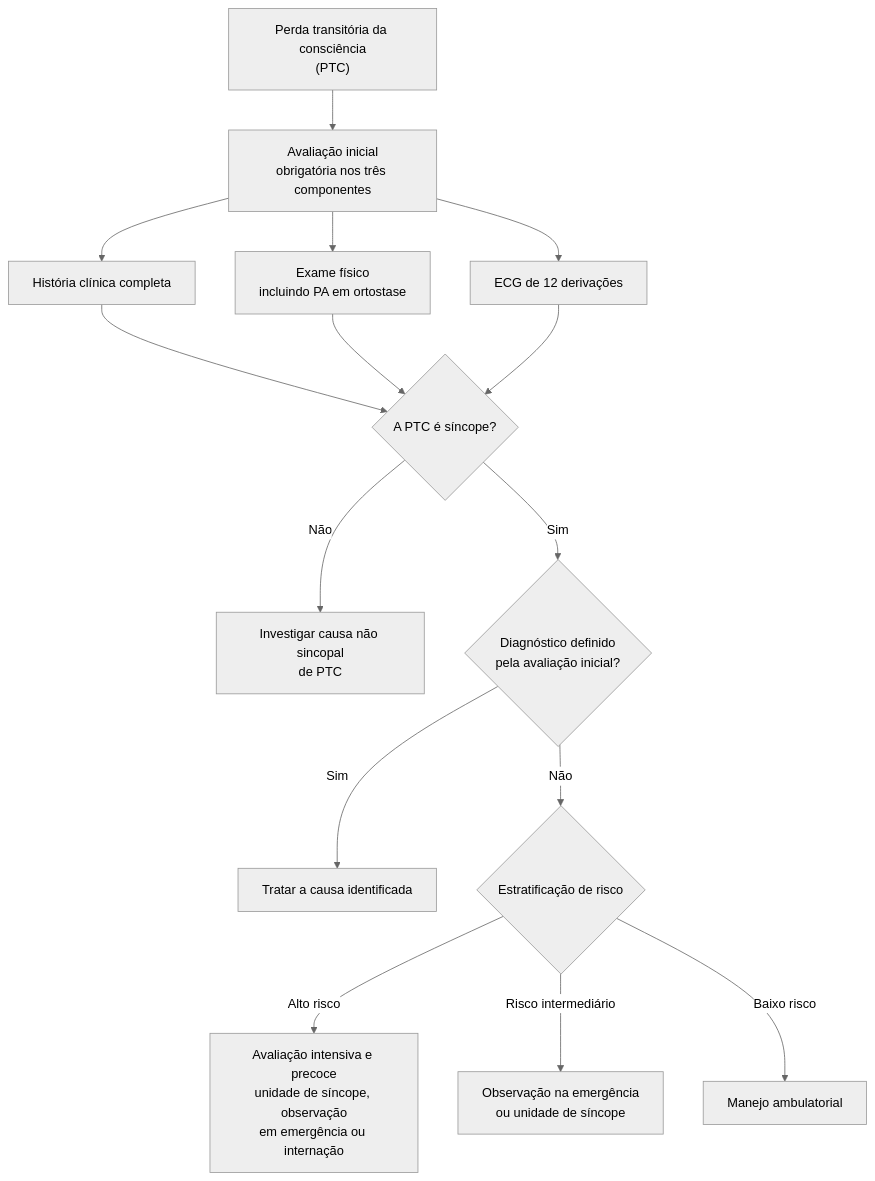
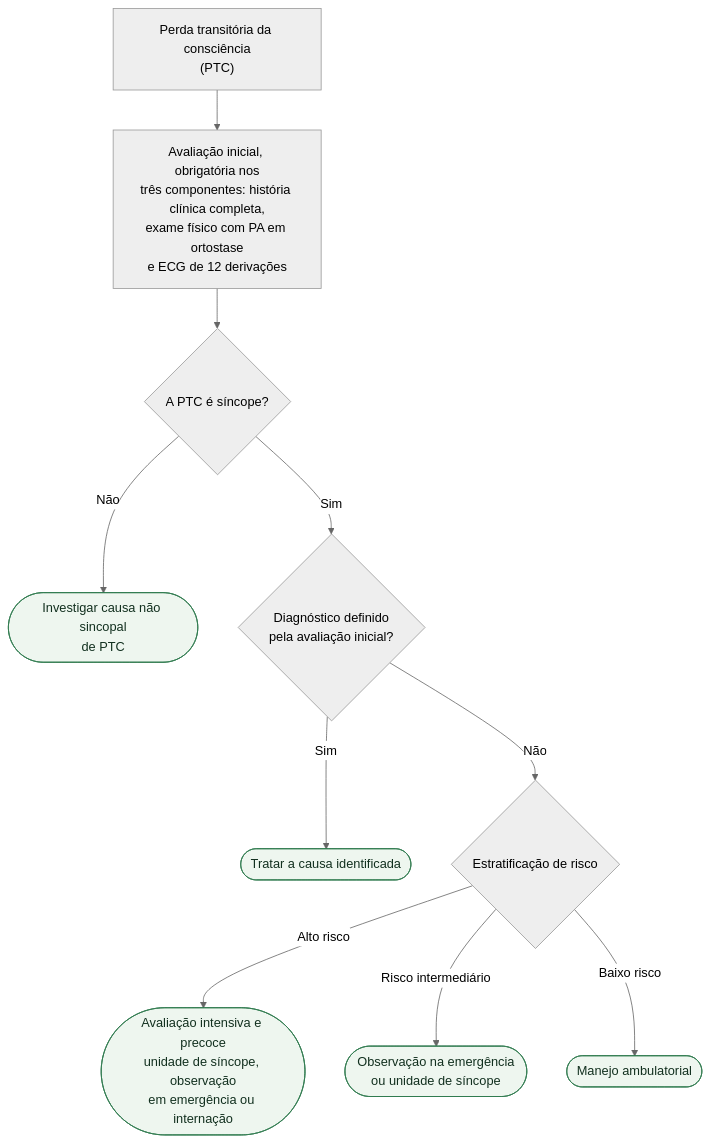
One commit to rafaelpaesmeirelles/MeuCardio changed the diagram in content/Síncope/fluxograma-sincope-avaliacao-inicial-esc-2018.md. Above: the diagram before and after it, drawn with Mermaid (neutral theme). The commit also changed other lines of this file and 18 other files, not shown here.

````diff
--- a/content/Síncope/fluxograma-sincope-avaliacao-inicial-esc-2018.md
+++ b/content/Síncope/fluxograma-sincope-avaliacao-inicial-esc-2018.md
@@ -19,22 +19,21 @@
 ```mermaid
 flowchart TD
-  A["Perda transitória da consciência<br/>(PTC)"] --> B["Avaliação inicial<br/>obrigatória nos três componentes"]
+  R0["Perda transitória da consciência<br/>(PTC)"] --> P1["Avaliação inicial, obrigatória nos<br/>três componentes: história clínica completa,<br/>exame físico com PA em ortostase<br/>e ECG de 12 derivações"]
 
-  B --> B1["História clínica completa"]
-  B --> B2["Exame físico<br/>incluindo PA em ortostase"]
-  B --> B3["ECG de 12 derivações"]
+  P1 --> D1{"A PTC é síncope?"}
 
-  B1 --> C{"A PTC é síncope?"}
-  B2 --> C
-  B3 --> C
+  D1 -->|Não| C1(["Investigar causa não sincopal<br/>de PTC"])
 
-  C -->|Não| D["Investigar causa não sincopal<br/>de PTC"]
-  C -->|Sim| E{"Diagnóstico definido<br/>pela avaliação inicial?"}
+  D1 -->|Sim| D2{"Diagnóstico definido<br/>pela avaliação inicial?"}
 
-  E -->|Sim| F["Tratar a causa identificada"]
-  E -->|Não| G{"Estratificação de risco"}
+  D2 -->|Sim| C2(["Tratar a causa identificada"])
 
-  G -->|"Alto risco"| H["Avaliação intensiva e precoce<br/>unidade de síncope, observação<br/>em emergência ou internação"]
-  G -->|"Risco intermediário"| I["Observação na emergência<br/>ou unidade de síncope"]
-  G -->|"Baixo risco"| J["Manejo ambulatorial"]
+  D2 -->|Não| D3{"Estratificação de risco"}
+
+  D3 -->|"Alto risco"| C3(["Avaliação intensiva e precoce<br/>unidade de síncope, observação<br/>em emergência ou internação"])
+  D3 -->|"Risco intermediário"| C4(["Observação na emergência<br/>ou unidade de síncope"])
+  D3 -->|"Baixo risco"| C5(["Manejo ambulatorial"])
+
+  classDef conduta fill:#eef6ef,stroke:#2f7a4f,color:#12301f;
+  class C1,C2,C3,C4,C5 conduta;
 ```
````
